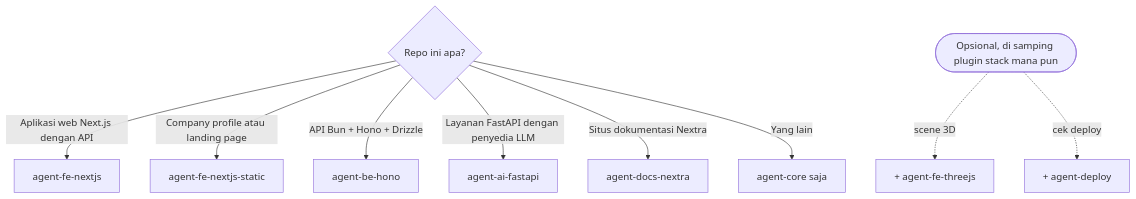
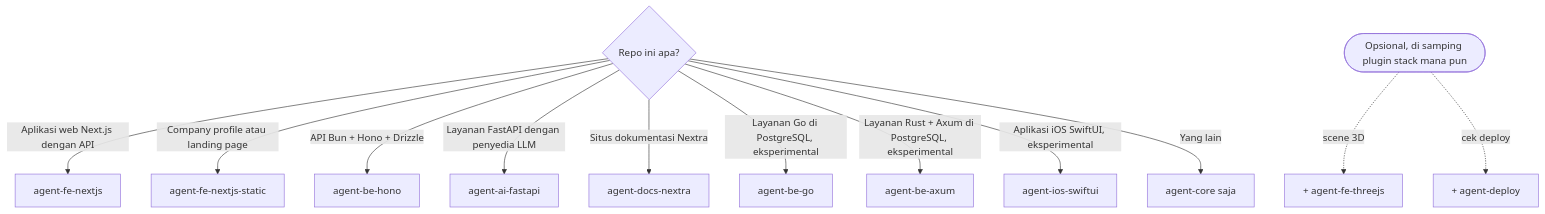
One commit to adhibuchori/agent-config-kit changed the second of 5 diagrams in README.id.md. Above: the diagram before and after it, drawn with Mermaid. The commit also changed other lines of this file and 1 other file, not shown here.

````diff
--- a/README.id.md
+++ b/README.id.md
@@ -225,14 +227,17 @@
 ```mermaid
 flowchart TD
     accTitle: Plugin mana yang dipasang
-    accDescr: Mulai dari jenis repo Anda. Aplikasi web Next.js dengan API memakai agent-fe-nextjs. Situs company profile atau landing page memakai agent-fe-nextjs-static. API Bun dan Hono memakai agent-be-hono. Layanan FastAPI dengan penyedia LLM memakai agent-ai-fastapi. Situs dokumentasi Nextra memakai agent-docs-nextra. Selain itu cukup agent-core. Tambahkan agent-fe-threejs untuk scene 3D dan agent-deploy untuk pemeriksaan deploy.
+    accDescr: Mulai dari jenis repo Anda. Aplikasi web Next.js dengan API memakai agent-fe-nextjs. Situs company profile atau landing page memakai agent-fe-nextjs-static. API Bun dan Hono memakai agent-be-hono. Layanan FastAPI dengan penyedia LLM memakai agent-ai-fastapi. Situs dokumentasi Nextra memakai agent-docs-nextra. Eksperimental: layanan Go di PostgreSQL memakai agent-be-go, layanan Rust dan Axum di PostgreSQL memakai agent-be-axum, dan aplikasi iOS SwiftUI memakai agent-ios-swiftui. Selain itu cukup agent-core. Tambahkan agent-fe-threejs untuk scene 3D dan agent-deploy untuk pemeriksaan deploy.
     Q{Repo ini apa?}
     Q -->|Aplikasi web Next.js dengan API| FE[agent-fe-nextjs]
     Q -->|Company profile atau landing page| ST[agent-fe-nextjs-static]
     Q -->|API Bun + Hono + Drizzle| BE[agent-be-hono]
     Q -->|Layanan FastAPI dengan penyedia LLM| AI[agent-ai-fastapi]
     Q -->|Situs dokumentasi Nextra| DOCS[agent-docs-nextra]
+    Q -->|Layanan Go di PostgreSQL, eksperimental| GO[agent-be-go]
+    Q -->|Layanan Rust + Axum di PostgreSQL, eksperimental| RS[agent-be-axum]
+    Q -->|Aplikasi iOS SwiftUI, eksperimental| IOS[agent-ios-swiftui]
     Q -->|Yang lain| CORE[agent-core saja]
     X([Opsional, di samping plugin stack mana pun]) -.->|scene 3D| TJ[+ agent-fe-threejs]
     X -.->|cek deploy| DEP[+ agent-deploy]
 ```
````
